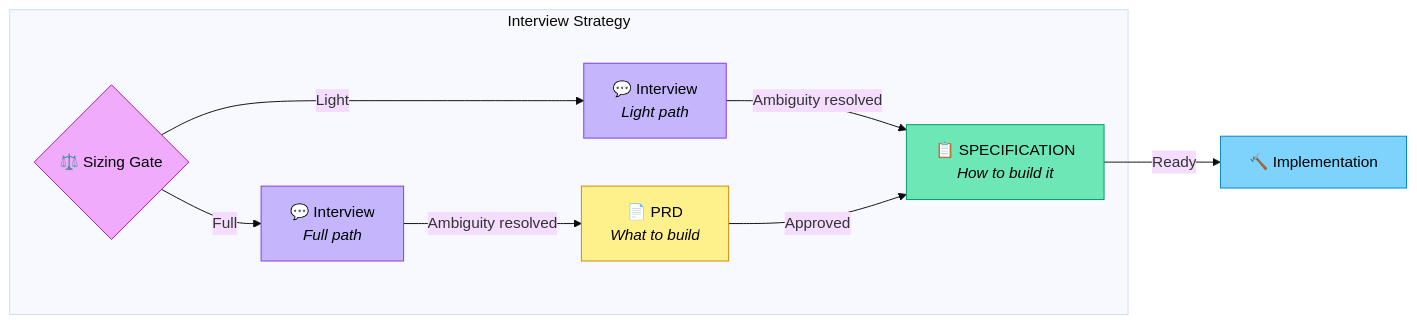
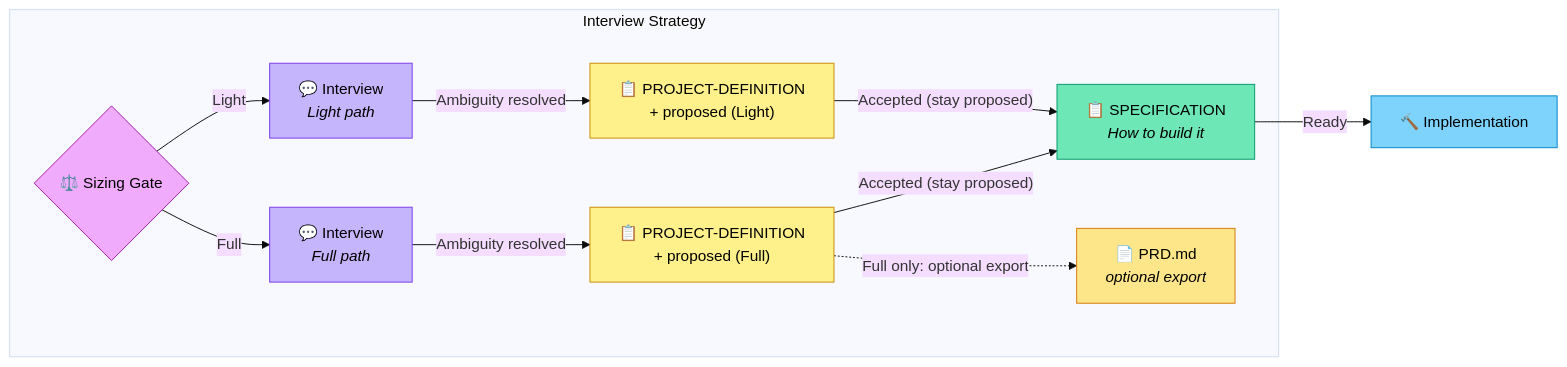
Before and after one commit to Adoracorn/directive: the diagram in content/strategies/interview.md, drawn with Mermaid (base theme). The commit also changed other lines of this file and 6 other files, not shown here.

````diff
--- a/content/strategies/interview.md
+++ b/content/strategies/interview.md
@@ -292,24 +290,30 @@
 ```mermaid
 flowchart LR
     subgraph interview ["Interview Strategy"]
         G{"⚖️ Sizing Gate"}
         I_L["💬 Interview<br/><i>Light path</i>"]
         I_F["💬 Interview<br/><i>Full path</i>"]
-        P["📄 PRD<br/><i>What to build</i>"]
+        PD_L["📋 PROJECT-DEFINITION<br/>+ proposed (Light)"]
+        PD_F["📋 PROJECT-DEFINITION<br/>+ proposed (Full)"]
         S["📋 SPECIFICATION<br/><i>How to build it</i>"]
+        R["📄 PRD.md<br/><i>optional export</i>"]
     end
 
     G -->|"Light"| I_L
     G -->|"Full"| I_F
-    I_L -->|"Ambiguity resolved"| S
-    I_F -->|"Ambiguity resolved"| P
-    P -->|"Approved"| S
+    I_L -->|"Ambiguity resolved"| PD_L
+    I_F -->|"Ambiguity resolved"| PD_F
+    PD_L -->|"Accepted (stay proposed)"| S
+    PD_F -->|"Accepted (stay proposed)"| S
+    PD_F -. "Full only: optional export" .-> R
     S -->|"Ready"| IMPL["🔨 Implementation"]
 
     style G fill:#f0abfc,stroke:#a21caf,color:#000
     style I_L fill:#c4b5fd,stroke:#7c3aed,color:#000
     style I_F fill:#c4b5fd,stroke:#7c3aed,color:#000
-    style P fill:#fef08a,stroke:#ca8a04,color:#000
+    style PD_L fill:#fef08a,stroke:#ca8a04,color:#000
+    style PD_F fill:#fef08a,stroke:#ca8a04,color:#000
+    style R fill:#fde68a,stroke:#d97706,color:#000
     style S fill:#6ee7b7,stroke:#059669,color:#000
     style IMPL fill:#7dd3fc,stroke:#0284c7,color:#000
 ```
````
